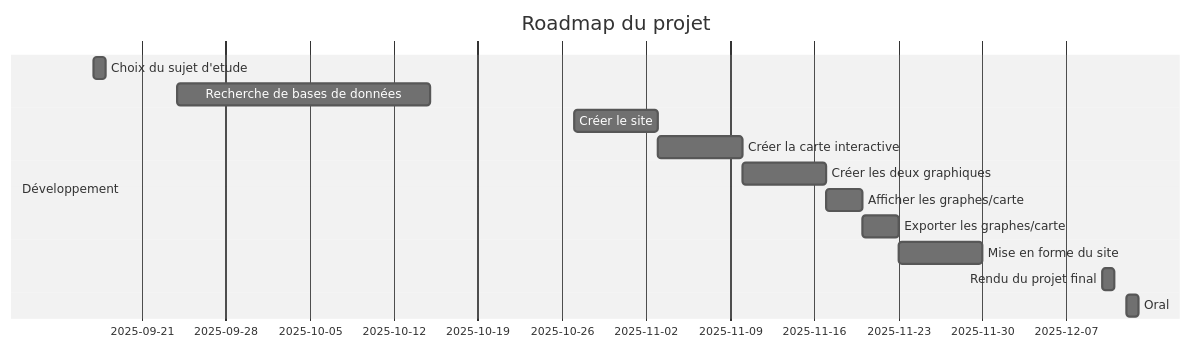
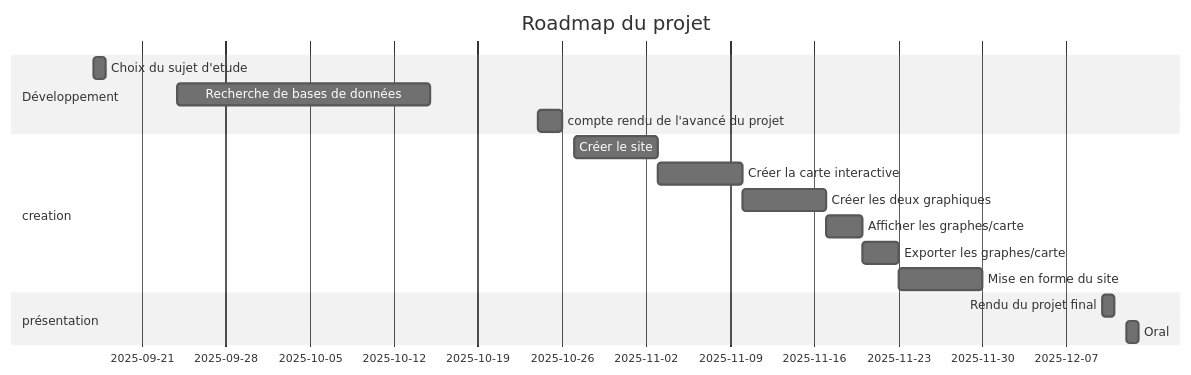
The diagram in roadmap/README.qmd (Bastien2003/Projet), drawn with Mermaid (neutral theme) before and after one commit.

Commit message:
Mise à jour du README avec les dernières modifications

````diff
--- a/roadmap/README.qmd
+++ b/roadmap/README.qmd
@@ -68,17 +68,20 @@
 ```{mermaid}
 gantt
     dateFormat  DD-MM
     title       Roadmap du projet
 
     section Développement
     Choix du sujet d'etude           :des1, 17-09,1d
     Recherche de bases de données    :des2, 24-09,3w 
-    Créer le site                    :des3, 27-10, 7d
-    Créer la carte interactive       :des4, after des3, 7d
-    Créer les deux graphiques        :des5, after des4, 7d
-    Afficher les graphes/carte       :des6, after des5, 3d
-    Exporter les graphes/carte       :des7, after des6, 3d
-    Mise en forme du site            :des8, after des7, 7d
-    Rendu du projet final            :des9, 10-12,1d
-    Oral                             :des10, 12-12,1d
+    compte rendu de l'avancé du projet :des3, 24-10,2d
+    section creation
+    Créer le site                    :des4, 27-10, 7d
+    Créer la carte interactive       :des5, after des4, 7d
+    Créer les deux graphiques        :des6, after des5, 7d
+    Afficher les graphes/carte       :des7, after des6, 3d
+    Exporter les graphes/carte       :des8, after des7, 3d
+    Mise en forme du site            :des9, after des8, 7d
+    section présentation
+    Rendu du projet final            :des10, 10-12,1d
+    Oral                             :des11, 12-12,1d
 ```
````
